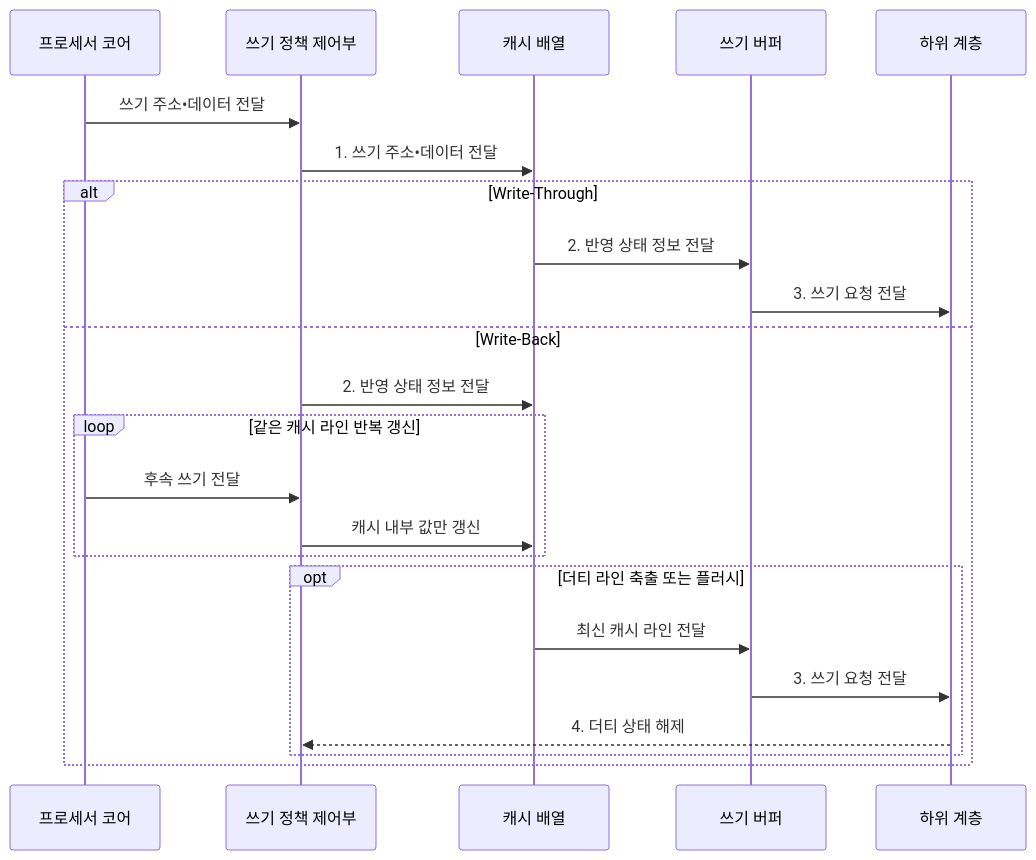
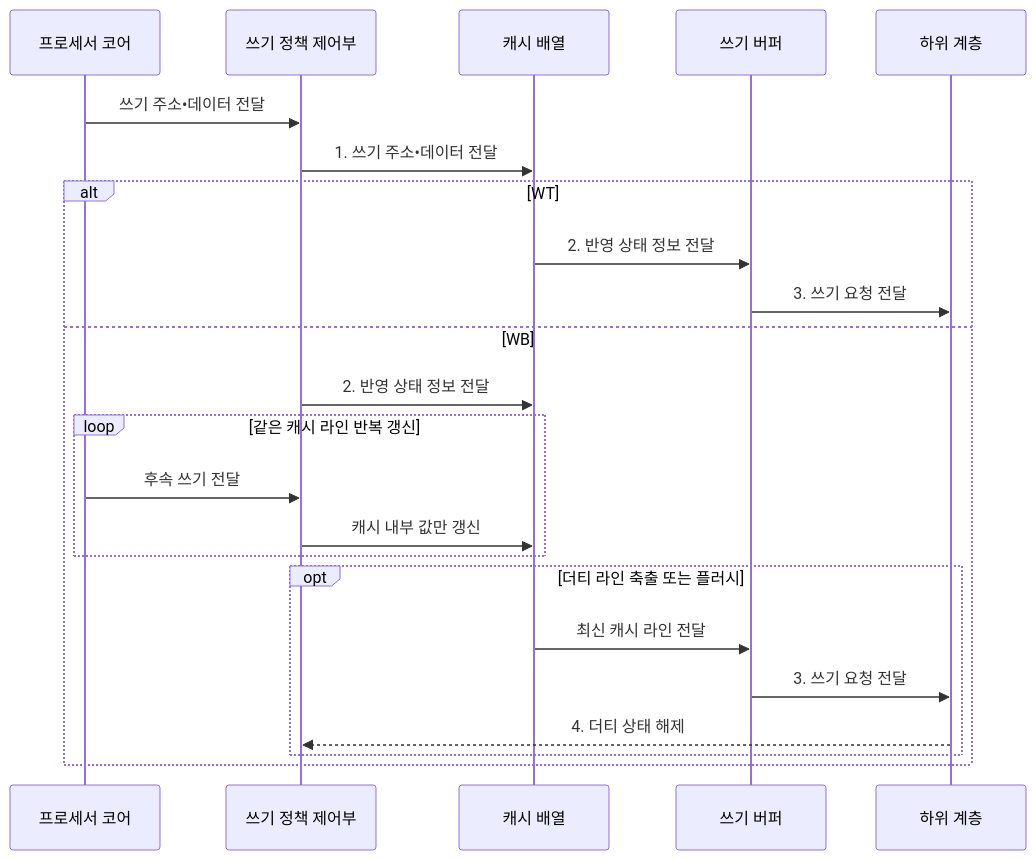
One commit to agnusdei1207/knowledge-base changed the second of 2 diagrams in src/content/docs/notes/02-hardware/013_cache_write_policy.md. Above: the diagram before and after it, drawn with Mermaid. The commit also changed other lines of this file and 20 other files, not shown here.

````diff
--- a/src/content/docs/notes/02-hardware/013_cache_write_policy.md
+++ b/src/content/docs/notes/02-hardware/013_cache_write_policy.md
@@ -99,26 +100,26 @@
 ```mermaid
 sequenceDiagram
     participant C as 프로세서 코어
     participant P as 쓰기 정책 제어부
     participant A as 캐시 배열
     participant W as 쓰기 버퍼
     participant L as 하위 계층
 
     C->>P: 쓰기 주소•데이터 전달
     P->>A: 1. 쓰기 주소•데이터 전달
-    alt Write-Through
+    alt WT
         A->>W: 2. 반영 상태 정보 전달
         W->>L: 3. 쓰기 요청 전달
-    else Write-Back
+    else WB
         P->>A: 2. 반영 상태 정보 전달
         loop 같은 캐시 라인 반복 갱신
             C->>P: 후속 쓰기 전달
             P->>A: 캐시 내부 값만 갱신
         end
         opt 더티 라인 축출 또는 플러시
             A->>W: 최신 캐시 라인 전달
             W->>L: 3. 쓰기 요청 전달
             L-->>P: 4. 더티 상태 해제
         end
     end
 ```
````
